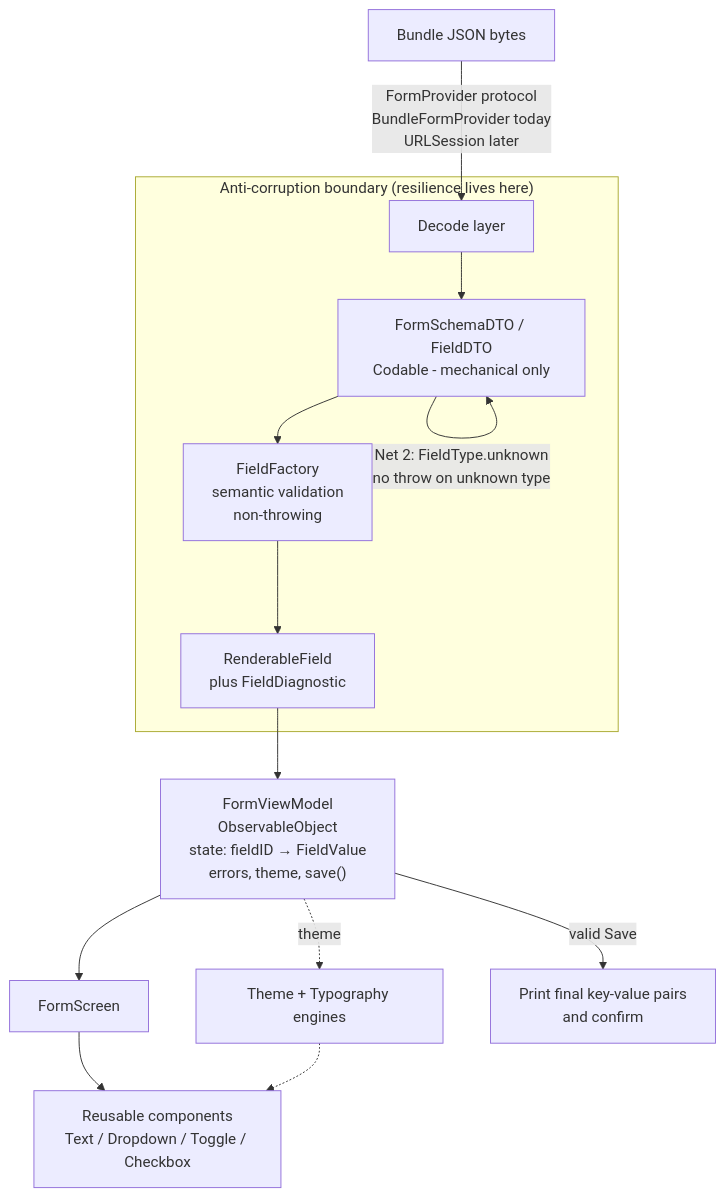
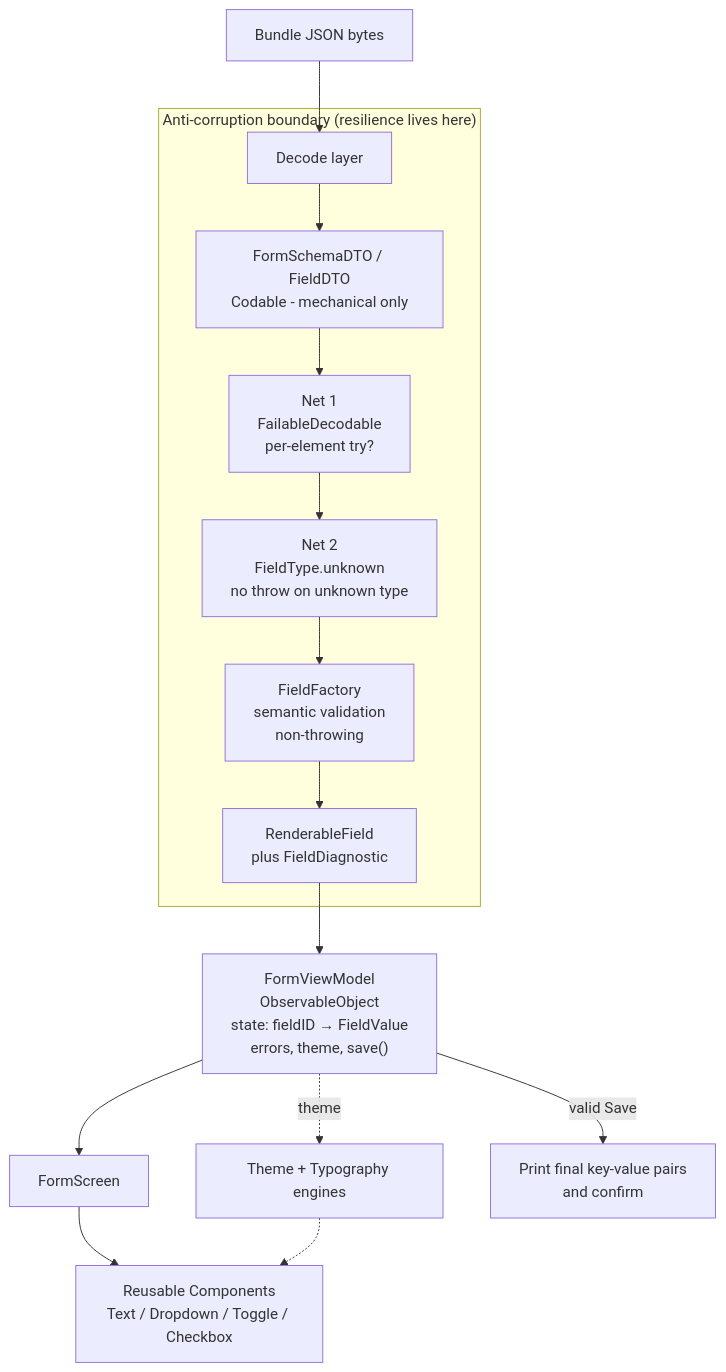
One commit to hiteshsuthar1410/Eulerity-Test-iOS-Hitesh-Suthar changed the diagram in README.md. Above: the diagram before and after it, drawn with Mermaid.

Commit message:
refactor: update readme

````diff
--- a/README.md
+++ b/README.md
@@ -49,40 +49,45 @@
 ```mermaid
 flowchart TD
     A["Bundle JSON bytes"]
     B["Decode layer"]
 
-    A -->|"FormProvider protocol<br/>BundleFormProvider today<br/>URLSession later"| B
+    A --> B
 
     subgraph Boundary["Anti-corruption boundary (resilience lives here)"]
+
         C["FormSchemaDTO / FieldDTO<br/>Codable - mechanical only"]
 
-        C -->|"Net 1: FailableDecodable<br/>per-element try?"| C
-        C -->|"Net 2: FieldType.unknown<br/>no throw on unknown type"| C
+        N1["Net 1<br/>FailableDecodable<br/>per-element try?"]
+
+        N2["Net 2<br/>FieldType.unknown<br/>no throw on unknown type"]
 
         D["FieldFactory<br/>semantic validation<br/>non-throwing"]
+
         E["RenderableField<br/>plus FieldDiagnostic"]
 
         B --> C
-        C --> D
+        C --> N1
+        N1 --> N2
+        N2 --> D
         D --> E
     end
 
     F["FormViewModel<br/>ObservableObject<br/>state: fieldID → FieldValue<br/>errors, theme, save()"]
 
     G["FormScreen"]
 
-    H["Reusable components<br/>Text / Dropdown / Toggle / Checkbox"]
+    H["Reusable Components<br/>Text / Dropdown / Toggle / Checkbox"]
 
     I["Theme + Typography engines"]
 
     J["Print final key-value pairs<br/>and confirm"]
 
     E --> F
     F --> G
     G --> H
 
     F -. theme .-> I
     I -.-> H
 
     F -->|"valid Save"| J
 ```
````
